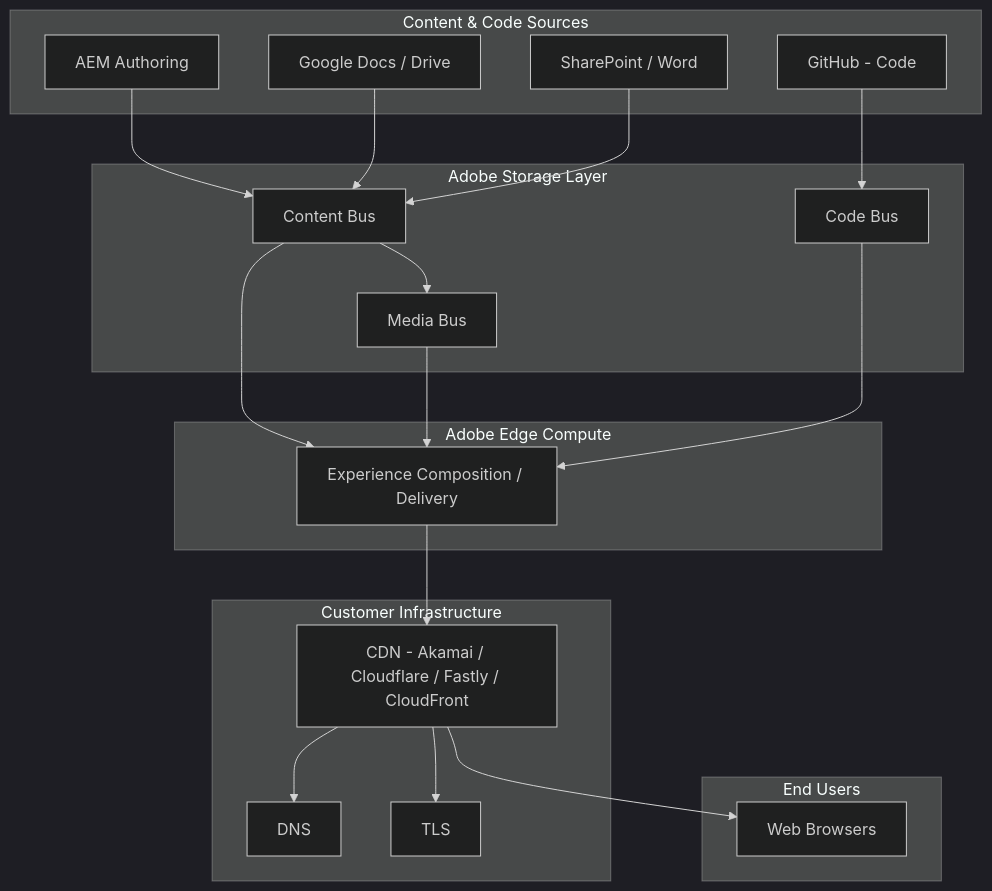
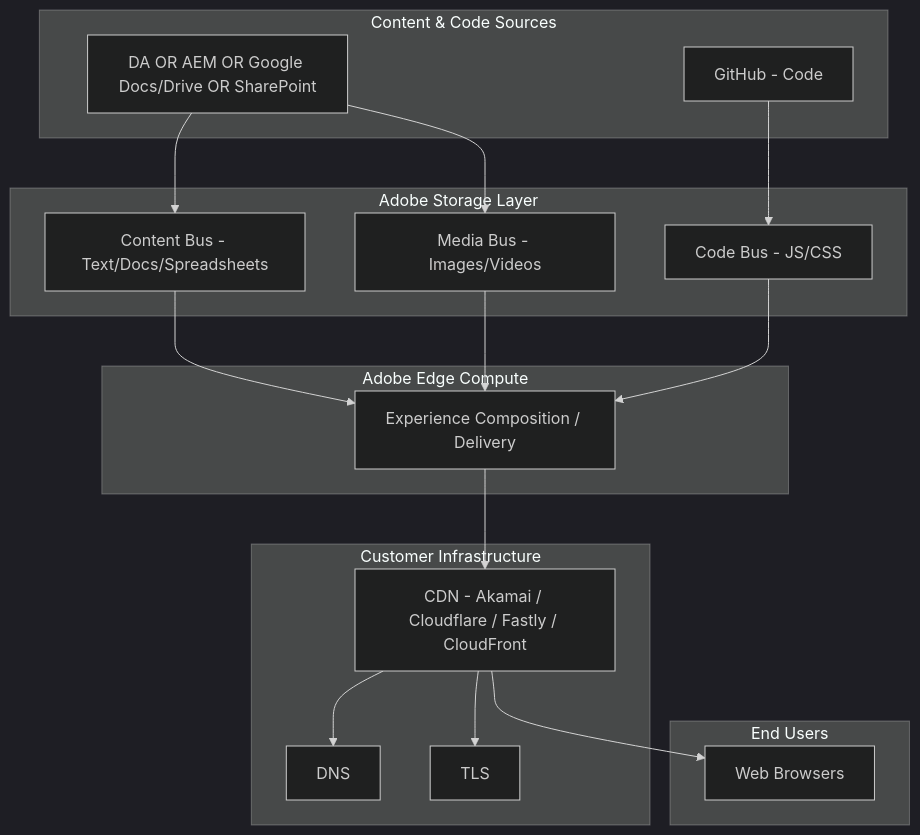
Before and after one commit to ak8458/abc-boilerplate: the first of 4 diagrams in docs/AEM_EDS_vs_HEADLESS_EVALUATION.md, drawn with Mermaid (dark theme). The commit also changed other lines of this file and 33 other files, not shown here.

````diff
--- a/docs/AEM_EDS_vs_HEADLESS_EVALUATION.md
+++ b/docs/AEM_EDS_vs_HEADLESS_EVALUATION.md
@@ -154,42 +58,38 @@
 ```mermaid
 flowchart TB
     subgraph Sources["Content & Code Sources"]
-        AEM_Author[AEM Authoring]
-        Google_Docs[Google Docs / Drive]
-        SharePoint[SharePoint / Word]
+        Content[DA OR AEM OR Google Docs/Drive OR SharePoint]
         GitHub[GitHub - Code]
     end
 
     subgraph Adobe_Storage["Adobe Storage Layer"]
-        Content_Bus[Content Bus]
-        Media_Bus[Media Bus]
-        Code_Bus[Code Bus]
+        Content_Bus[Content Bus - Text/Docs/Spreadsheets]
+        Media_Bus[Media Bus - Images/Videos]
+        Code_Bus[Code Bus - JS/CSS]
     end
 
     subgraph Adobe_Edge["Adobe Edge Compute"]
         Delivery[Experience Composition / Delivery]
     end
 
     subgraph Customer["Customer Infrastructure"]
         CDN[CDN - Akamai / Cloudflare / Fastly / CloudFront]
         DNS[DNS]
         TLS[TLS]
     end
 
     subgraph Users["End Users"]
         Browser[Web Browsers]
     end
 
-    AEM_Author --> Content_Bus
-    Google_Docs --> Content_Bus
-    SharePoint --> Content_Bus
+    Content --> Content_Bus
+    Content --> Media_Bus
     GitHub --> Code_Bus
-    Content_Bus --> Media_Bus
     Content_Bus --> Delivery
     Media_Bus --> Delivery
     Code_Bus --> Delivery
     Delivery --> CDN
     CDN --> DNS
     CDN --> TLS
     CDN --> Browser
 ```
````
